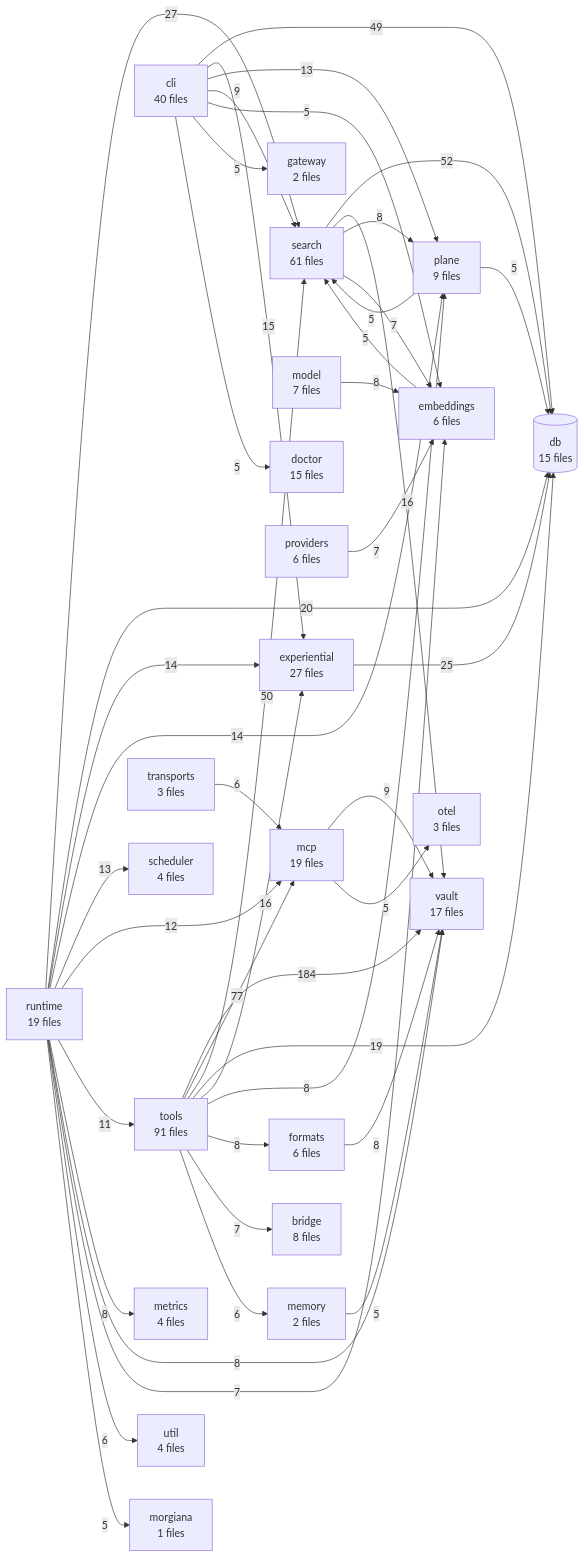
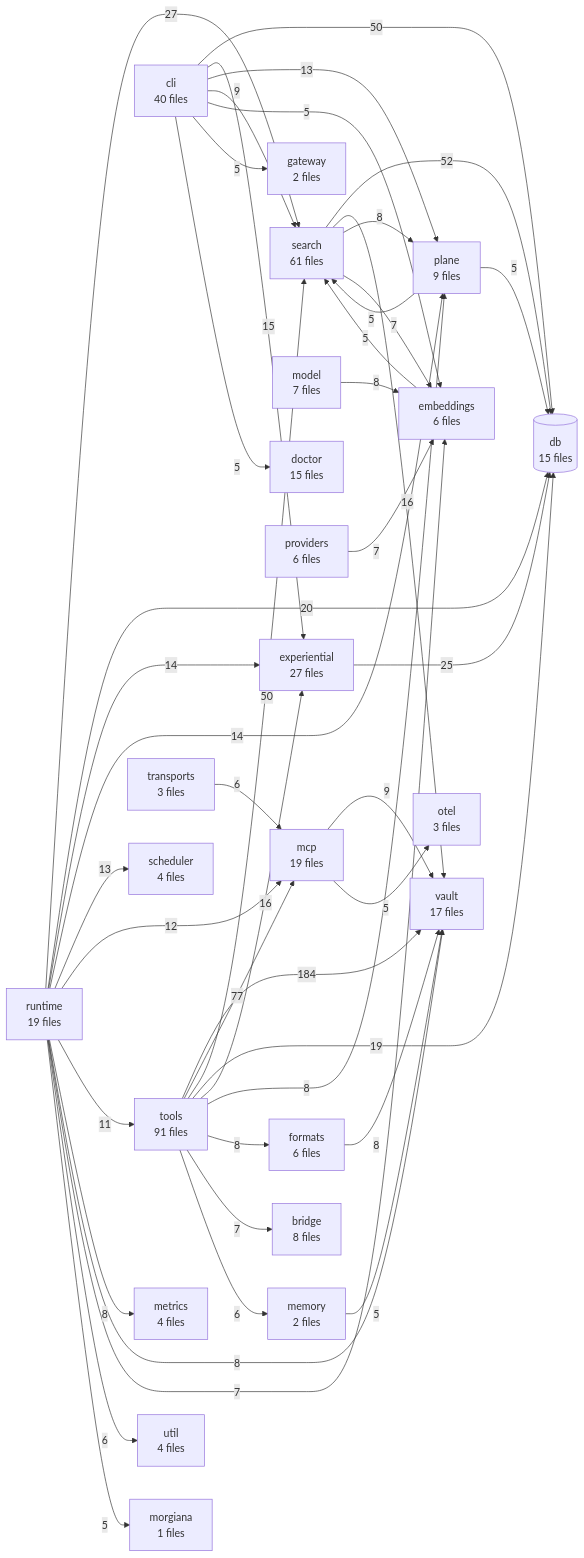
One commit to The-40-Thieves/obsidian-tc changed the diagram in TREE.md. Above: the diagram before and after it, drawn with Mermaid. The commit also changed other lines of this file and 1 other file, not shown here.

First line of the commit message:
chore: regenerate TREE.md and the dependency graph after rebasing on main (THE-1039)

````diff
--- a/TREE.md
+++ b/TREE.md
@@ -309,70 +310,70 @@
 ```mermaid
 flowchart LR
   tools[tools<br/>91 files]
   search[search<br/>61 files]
   cli[cli<br/>40 files]
   experiential[experiential<br/>27 files]
   mcp[mcp<br/>19 files]
   runtime[runtime<br/>19 files]
   vault[vault<br/>17 files]
   db[(db<br/>15 files)]
   doctor[doctor<br/>15 files]
   plane[plane<br/>9 files]
   bridge[bridge<br/>8 files]
   model[model<br/>7 files]
   embeddings[embeddings<br/>6 files]
   formats[formats<br/>6 files]
   providers[providers<br/>6 files]
   metrics[metrics<br/>4 files]
   scheduler[scheduler<br/>4 files]
   util[util<br/>4 files]
   otel[otel<br/>3 files]
   transports[transports<br/>3 files]
   gateway[gateway<br/>2 files]
   memory[memory<br/>2 files]
   morgiana[morgiana<br/>1 files]
 
   tools -->|184| vault
   tools -->|77| mcp
   search -->|52| db
+  cli -->|50| db
   tools -->|50| search
-  cli -->|49| db
   runtime -->|27| search
   experiential -->|25| db
   runtime -->|20| db
   tools -->|19| db
   search -->|16| vault
   tools -->|16| experiential
   cli -->|15| experiential
   runtime -->|14| experiential
   runtime -->|14| plane
   cli -->|13| plane
   runtime -->|13| scheduler
   runtime -->|12| mcp
   runtime -->|11| tools
   cli -->|9| search
   mcp -->|9| vault
   formats -->|8| vault
   model -->|8| embeddings
   runtime -->|8| metrics
   runtime -->|8| vault
   search -->|8| plane
   tools -->|8| plane
   tools -->|8| formats
   providers -->|7| embeddings
   runtime -->|7| embeddings
   search -->|7| embeddings
   tools -->|7| bridge
   runtime -->|6| util
   tools -->|6| memory
   transports -->|6| mcp
   cli -->|5| embeddings
   cli -->|5| gateway
   cli -->|5| doctor
   embeddings -->|5| search
   mcp -->|5| otel
   memory -->|5| vault
   plane -->|5| db
   plane -->|5| search
   runtime -->|5| morgiana
 ```
````
